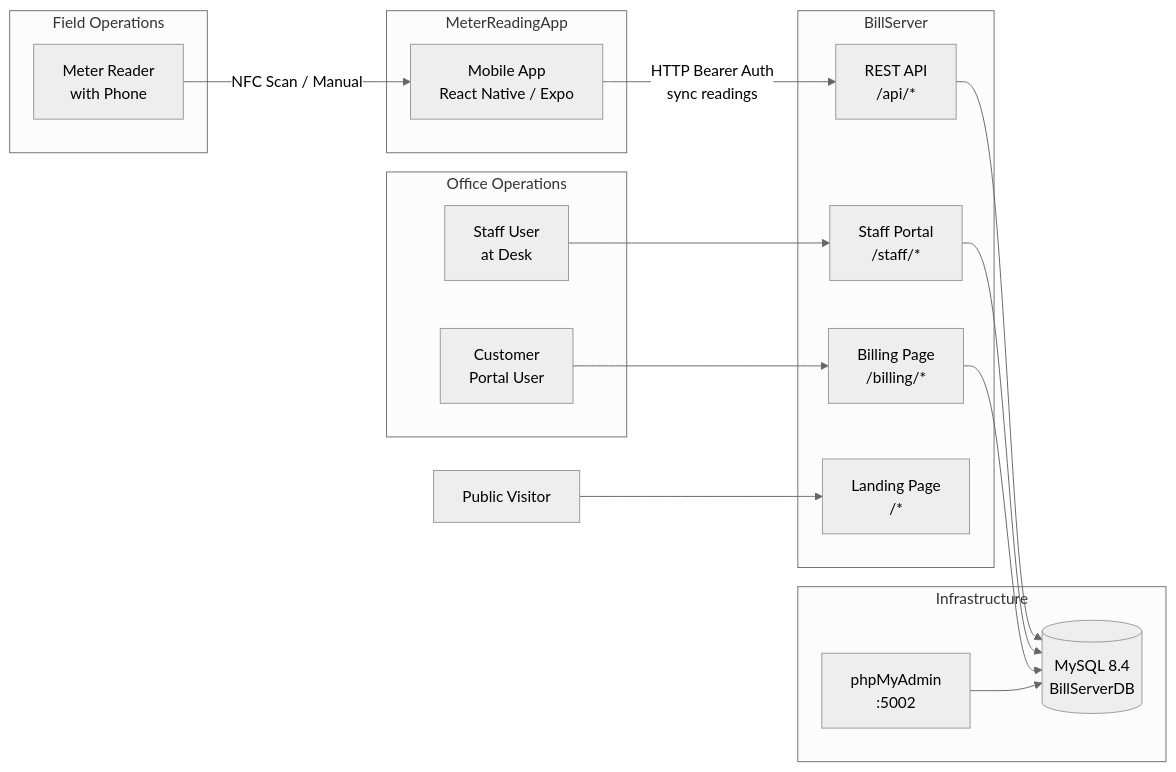
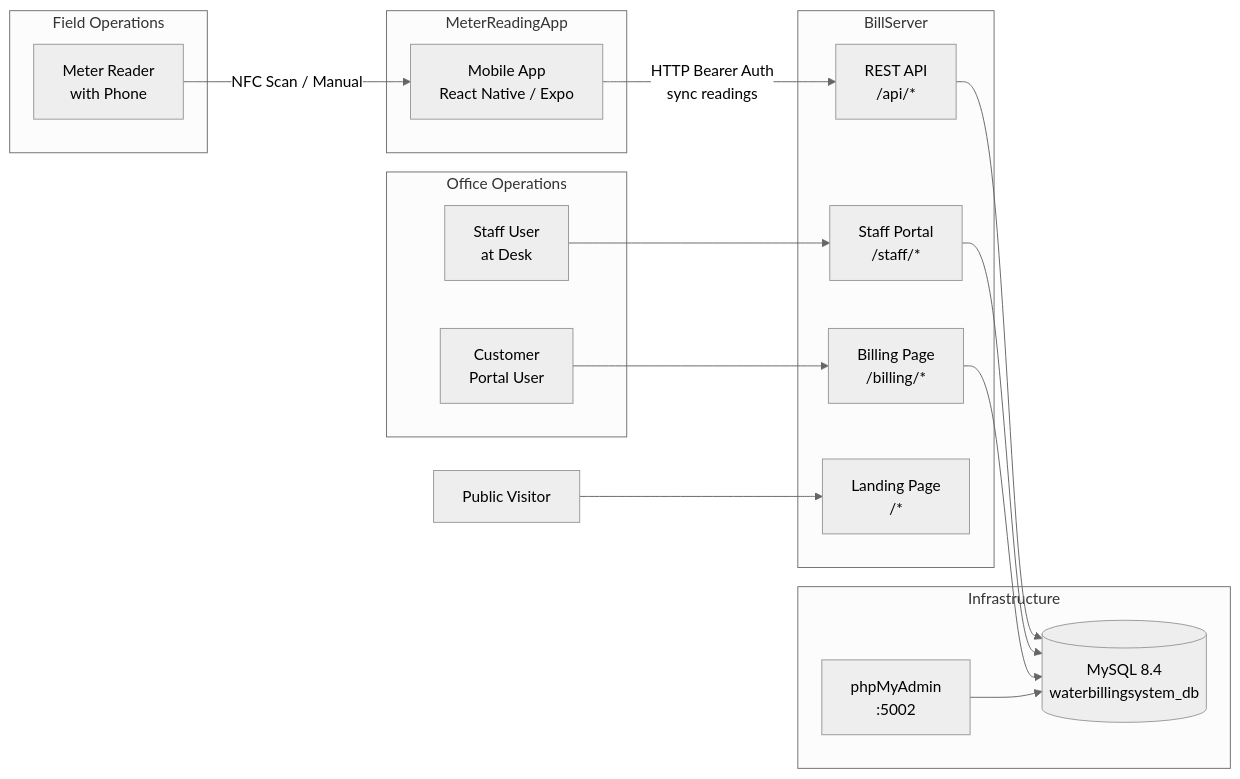
One commit to NovaProtocol/WaterBillingSystem changed the diagram in documentations/docs/index.md. Above: the diagram before and after it, drawn with Mermaid (neutral theme). The commit also changed 6 other files, not shown here.

````diff
--- a/documentations/docs/index.md
+++ b/documentations/docs/index.md
@@ -31,35 +31,35 @@
 ```mermaid
 graph LR
     subgraph "Field Operations"
         MN[Meter Reader<br/>with Phone]
     end
     subgraph "Office Operations"
         SP[Staff User<br/>at Desk]
         CP[Customer<br/>Portal User]
     end
 
     subgraph "MeterReadingApp"
         MOB[Mobile App<br/>React Native / Expo]
     end
     subgraph "BillServer"
         API[REST API<br/>/api/*]
         WEB[Staff Portal<br/>/staff/*]
         BILL[Billing Page<br/>/billing/*]
         LAND[Landing Page<br/>/*]
     end
     subgraph "Infrastructure"
-        DB[(MySQL 8.4<br/>BillServerDB)]
+        DB[(MySQL 8.4<br/>waterbillingsystem_db)]
         ADMIN[phpMyAdmin<br/>:5002]
     end
 
     MN -->|"NFC Scan / Manual"| MOB
     MOB -->|"HTTP Bearer Auth<br/>sync readings"| API
     SP --> WEB
     CP --> BILL
     PUBLIC[Public Visitor] --> LAND
 
     API --> DB
     WEB --> DB
     BILL --> DB
     ADMIN --> DB
 ```
````
